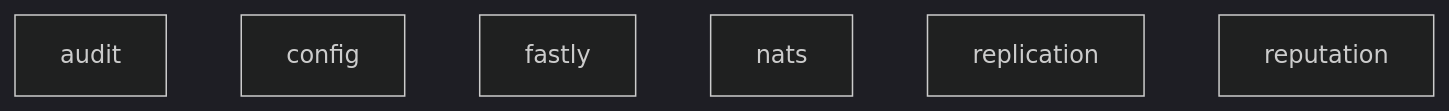
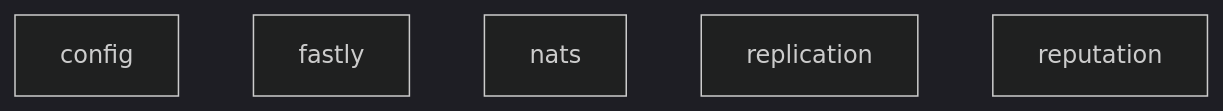
The diagram in README.md (utopia-php/monorepo), drawn with Mermaid (dark theme) before and after one commit. The commit also changed other lines of this file and 21 other files, not shown here.

````diff
--- a/README.md
+++ b/README.md
@@ -52,9 +52,8 @@
 ```mermaid
 graph TD
-    audit
     config
     fastly
     nats
     replication
     reputation
 ```
````
